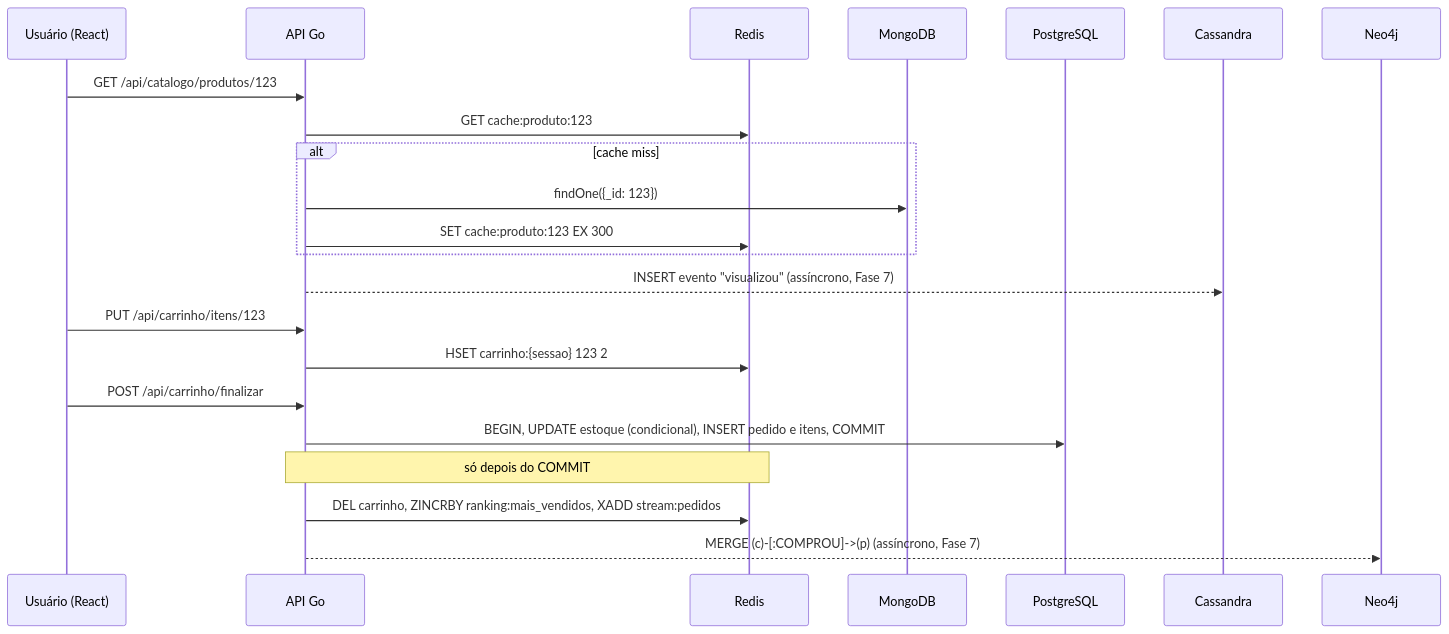
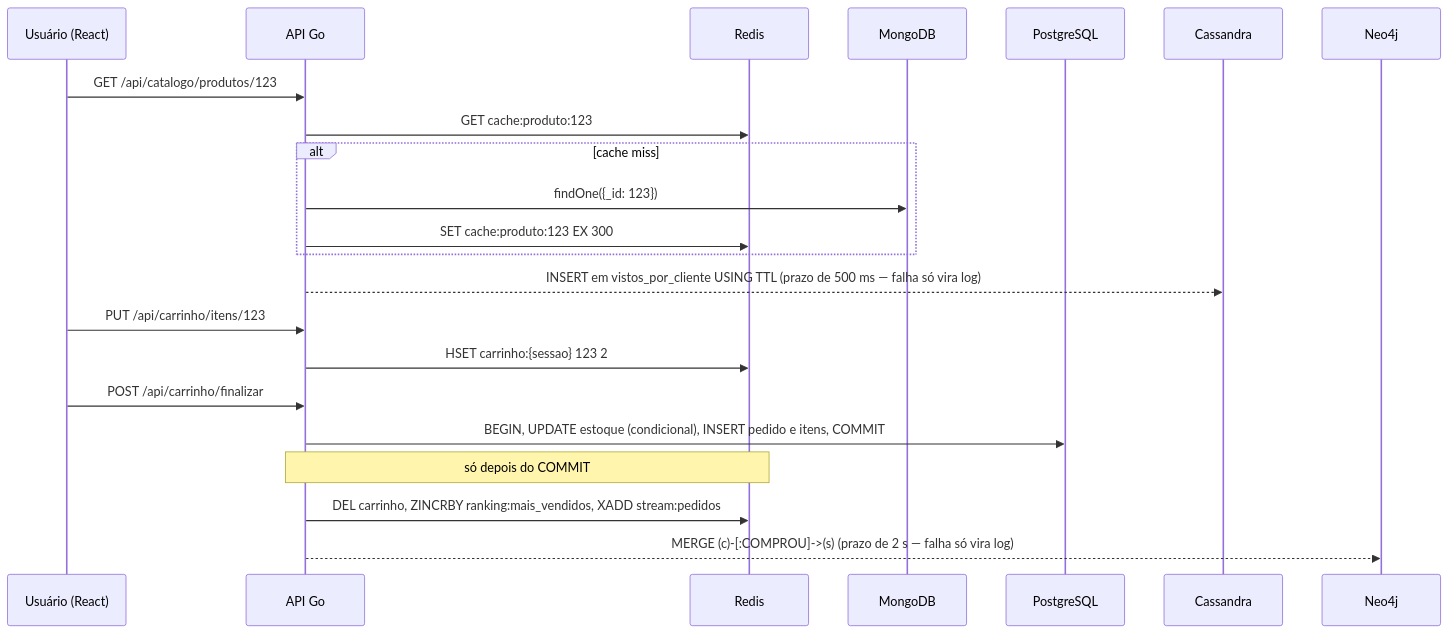
Before and after one commit to caetasousa/lagGo: the diagram in docs/00-arquitetura.md, drawn with Mermaid. The commit also changed other lines of this file and 6 other files, not shown here.

````diff
--- a/docs/00-arquitetura.md
+++ b/docs/00-arquitetura.md
@@ -29,25 +29,25 @@
 ```mermaid
 sequenceDiagram
     participant U as Usuário (React)
     participant A as API Go
     participant R as Redis
     participant M as MongoDB
     participant P as PostgreSQL
     participant C as Cassandra
     participant N as Neo4j
 
     U->>A: GET /api/catalogo/produtos/123
     A->>R: GET cache:produto:123
     alt cache miss
         A->>M: findOne({_id: 123})
         A->>R: SET cache:produto:123 EX 300
     end
-    A-->>C: INSERT evento "visualizou" (assíncrono, Fase 7)
+    A-->>C: INSERT em vistos_por_cliente USING TTL (prazo de 500 ms — falha só vira log)
     U->>A: PUT /api/carrinho/itens/123
     A->>R: HSET carrinho:{sessao} 123 2
     U->>A: POST /api/carrinho/finalizar
     A->>P: BEGIN, UPDATE estoque (condicional), INSERT pedido e itens, COMMIT
     Note over A,R: só depois do COMMIT
     A->>R: DEL carrinho, ZINCRBY ranking:mais_vendidos, XADD stream:pedidos
-    A-->>N: MERGE (c)-[:COMPROU]->(p) (assíncrono, Fase 7)
+    A-->>N: MERGE (c)-[:COMPROU]->(s) (prazo de 2 s — falha só vira log)
 ```
````
